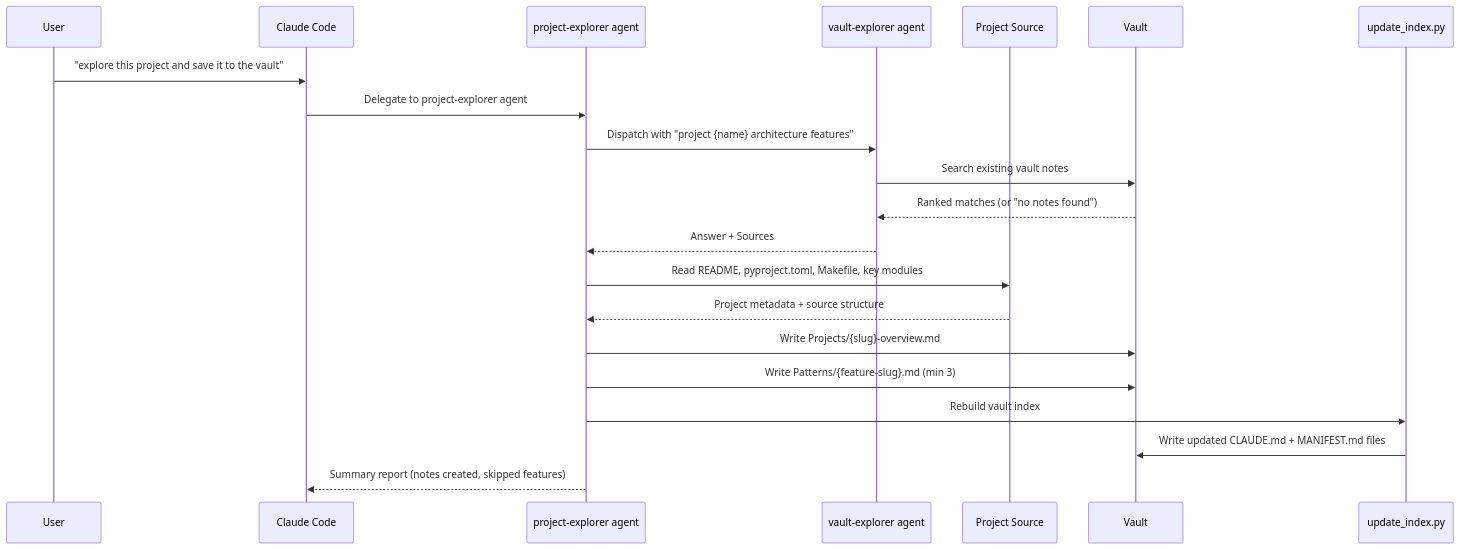
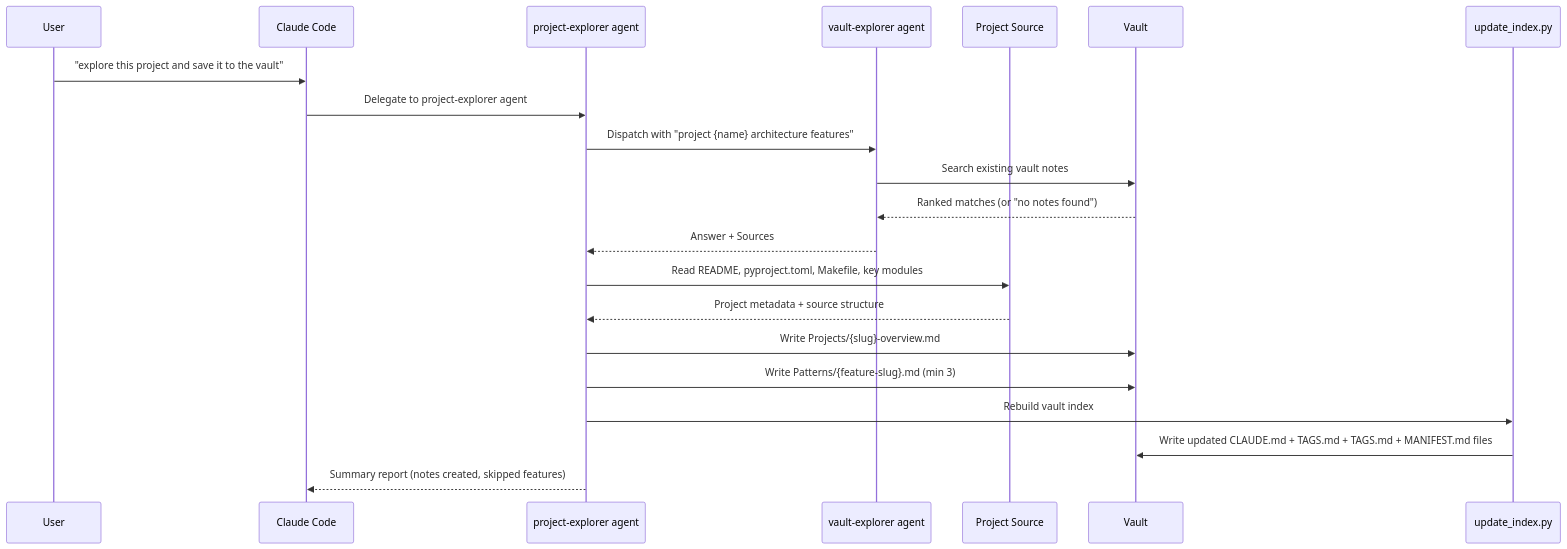
Before and after one commit to paulrobello/parsidion: the fourth of 5 diagrams in docs/ARCHITECTURE.md, drawn with Mermaid. The commit also changed other lines of this file and 12 other files, not shown here.

````diff
--- a/docs/ARCHITECTURE.md
+++ b/docs/ARCHITECTURE.md
@@ -1158,24 +1159,24 @@
 ```mermaid
 sequenceDiagram
     participant U as User
     participant CC as Claude Code
     participant PE as project-explorer agent
     participant VE as vault-explorer agent
     participant P as Project Source
     participant V as Vault
     participant IDX as update_index.py
 
     U->>CC: "explore this project and save it to the vault"
     CC->>PE: Delegate to project-explorer agent
     PE->>VE: Dispatch with "project {name} architecture features"
     VE->>V: Search existing vault notes
     V-->>VE: Ranked matches (or "no notes found")
     VE-->>PE: Answer + Sources
     PE->>P: Read README, pyproject.toml, Makefile, key modules
     P-->>PE: Project metadata + source structure
     PE->>V: Write Projects/{slug}-overview.md
     PE->>V: Write Patterns/{feature-slug}.md (min 3)
     PE->>IDX: Rebuild vault index
-    IDX->>V: Write updated CLAUDE.md + MANIFEST.md files
+    IDX->>V: Write updated CLAUDE.md + TAGS.md + TAGS.md + MANIFEST.md files
     PE-->>CC: Summary report (notes created, skipped features)
 ```
````
